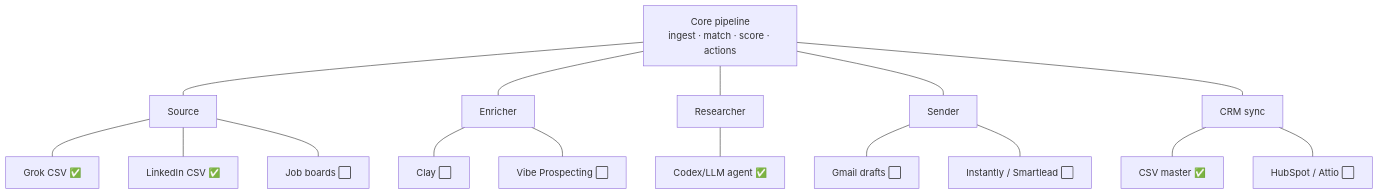
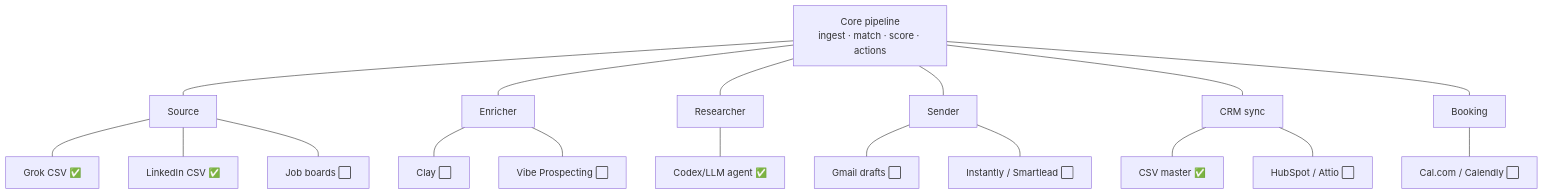
Before and after one commit to Excergic/gtm-engine-founders-Head-Marketing-Sales-people: the second of 4 diagrams in docs/architecture.md, drawn with Mermaid. The commit also changed other lines of this file, not shown here.

First line of the commit message:
Architecture: end goal, hosted Postgres warehouse, person research, lifecycle tracking

````diff
--- a/docs/architecture.md
+++ b/docs/architecture.md
@@ -77,14 +95,16 @@
 ```mermaid
 flowchart TB
     Core[Core pipeline<br/>ingest · match · score · actions]
     Core --- SRC[Source]
     Core --- ENR[Enricher]
     Core --- RES[Researcher]
     Core --- SND[Sender]
     Core --- CRM[CRM sync]
+    Core --- BK[Booking]
     SRC --- s1[Grok CSV ✅] & s2[LinkedIn CSV ✅] & s3[Job boards ⬜]
     ENR --- e1[Clay ⬜] & e2[Vibe Prospecting ⬜]
     RES --- r1[Codex/LLM agent ✅]
     SND --- d1[Gmail drafts ⬜] & d2[Instantly / Smartlead ⬜]
     CRM --- c1[CSV master ✅] & c2[HubSpot / Attio ⬜]
+    BK --- b1[Cal.com / Calendly ⬜]
 ```
````
